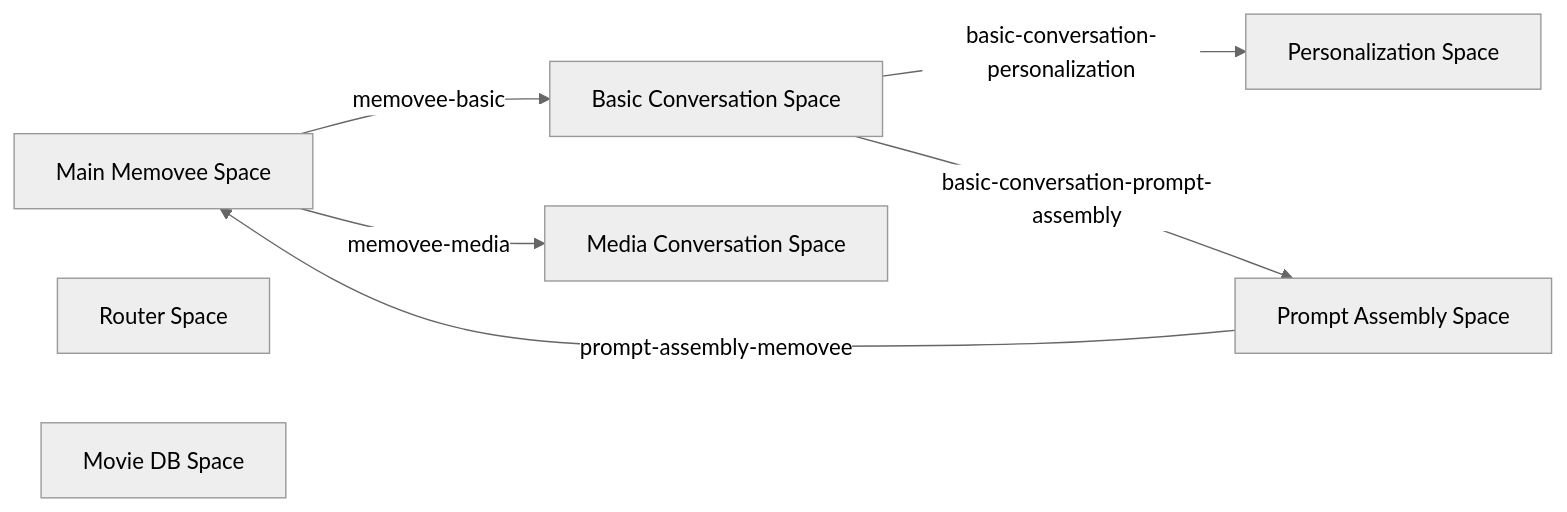
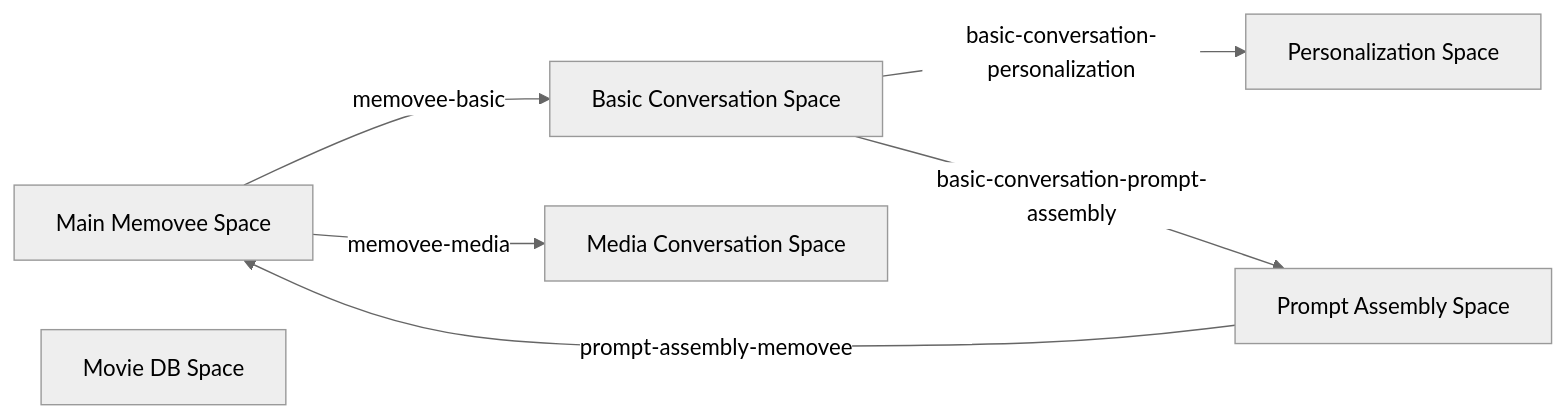
One commit to upmaru/memovee-tama changed the diagram in README.md. Above: the diagram before and after it, drawn with Mermaid (neutral theme).

Commit message:
Remove spaces that don't exist from the mermaid diagram

````diff
--- a/README.md
+++ b/README.md
@@ -58,22 +58,20 @@
 ```mermaid
 graph LR
     A[Main Memovee Space]
     B[Basic Conversation Space]
     C[Media Conversation Space]
     D[Personalization Space]
     E[Prompt Assembly Space]
-    F[Router Space]
-    G[Movie DB Space]
+    F[Movie DB Space]
     A -- "memovee-basic" --> B
     A -- "memovee-media" --> C
     B -- "basic-conversation-personalization" --> D
     B -- "basic-conversation-prompt-assembly" --> E
     E -- "prompt-assembly-memovee" --> A
     style A fill:#bbdefb stroke:#333
     style B fill:#c8e6c9 stroke:#333
     style C fill:#ffe0b2 stroke:#333
     style D fill:#f8b6c0 stroke:#333
     style E fill:#e1bee7 stroke:#333
-    style F fill:#ffd599 stroke:#333
-    style G fill:#d7ccc8 stroke:#333
+    style F fill:#d7ccc8 stroke:#333
 ```
````
